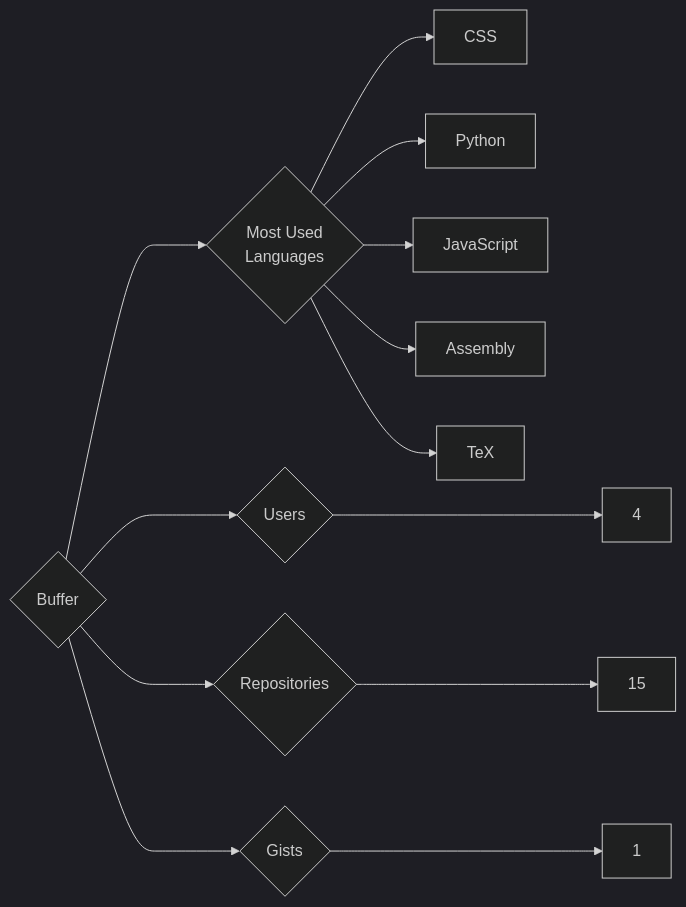
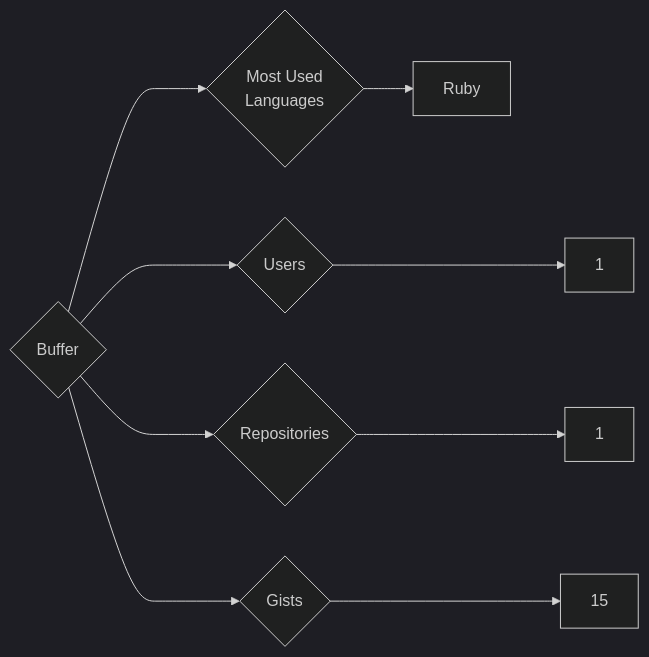
The diagram in targets/Buffer/README.md (trickest/insiders), drawn with Mermaid (dark theme) before and after one commit. The commit also changed 618 other files, not shown here.

````diff
--- a/targets/Buffer/README.md
+++ b/targets/Buffer/README.md
@@ -3,13 +3,9 @@
 ```mermaid
 graph LR
 COMPANY_NAME{Buffer}
-COMPANY_NAME ---> U{Users} ---> UN[4]
-COMPANY_NAME ---> R{Repositories} ---> RN[15]
-COMPANY_NAME ---> G{Gists} ---> GN[1]
+COMPANY_NAME ---> U{Users} ---> UN[1]
+COMPANY_NAME ---> R{Repositories} ---> RN[1]
+COMPANY_NAME ---> G{Gists} ---> GN[15]
 COMPANY_NAME ---> ML{Most Used<br>Languages}
-ML --> CSS[CSS]
-ML --> Python[Python]
-ML --> JavaScript[JavaScript]
-ML --> Assembly[Assembly]
-ML --> TeX[TeX]
+ML --> Ruby[Ruby]
 ```
````
